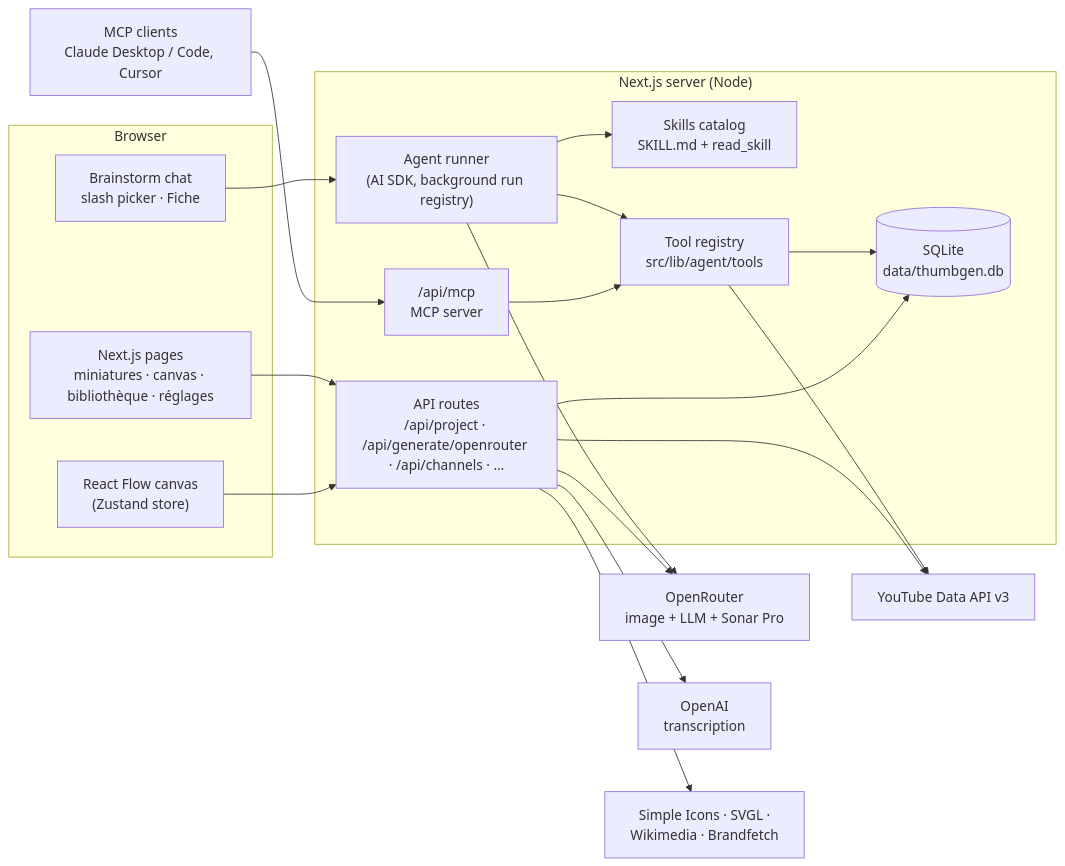
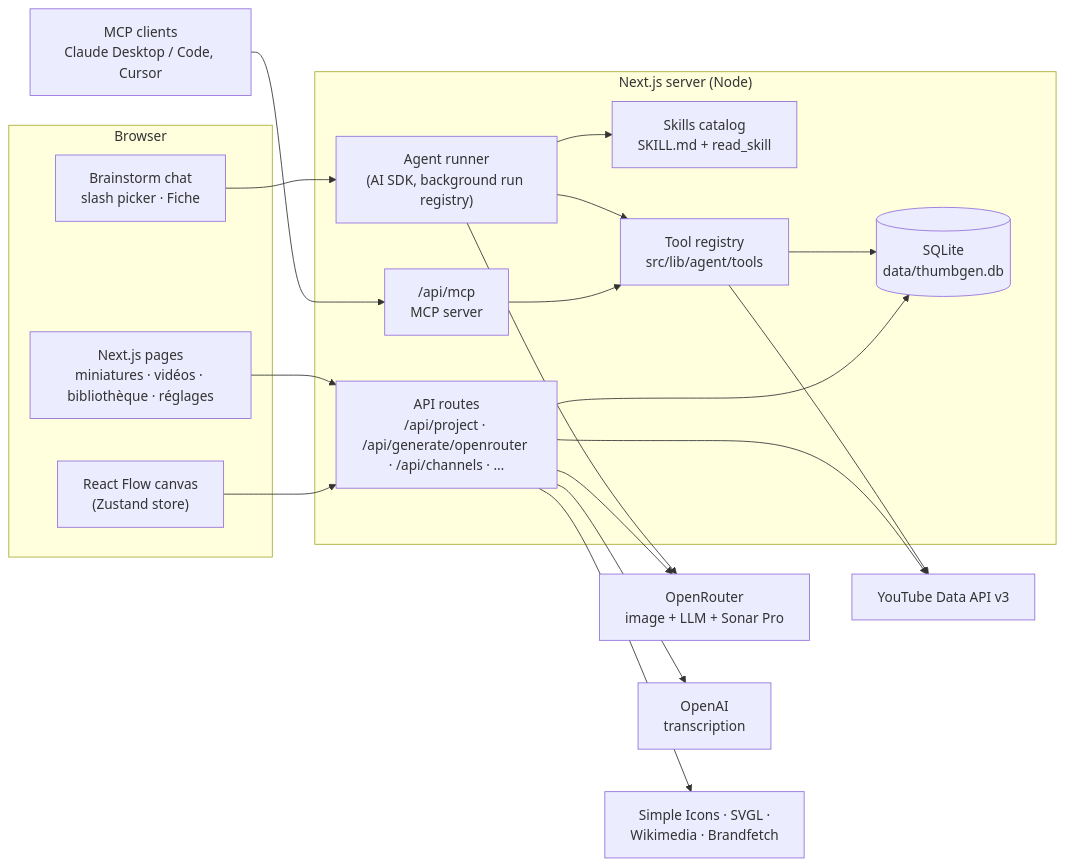
Before and after one commit to ohvignas/ThumbGen: the diagram in README.md, drawn with Mermaid. The commit also changed other lines of this file and 7 other files, not shown here.

````diff
--- a/README.md
+++ b/README.md
@@ -355,39 +366,39 @@
 ```mermaid
 flowchart LR
   subgraph Browser
-    UI["Next.js pages<br/>miniatures · canvas · bibliothèque · réglages"]
+    UI["Next.js pages<br/>miniatures · vidéos · bibliothèque · réglages"]
     RF["React Flow canvas<br/>(Zustand store)"]
     Chat["Brainstorm chat<br/>slash picker · Fiche"]
   end
 
   subgraph Server["Next.js server (Node)"]
     API["API routes<br/>/api/project · /api/generate/openrouter · /api/channels · …"]
     Agent["Agent runner<br/>(AI SDK, background run registry)"]
     Skills["Skills catalog<br/>SKILL.md + read_skill"]
     Tools["Tool registry<br/>src/lib/agent/tools"]
     MCP["/api/mcp<br/>MCP server"]
     DB[("SQLite<br/>data/thumbgen.db")]
   end
 
   OR["OpenRouter<br/>image + LLM + Sonar Pro"]
   YT["YouTube Data API v3"]
   OA["OpenAI<br/>transcription"]
   Logos["Simple Icons · SVGL ·<br/>Wikimedia · Brandfetch"]
   Ext["MCP clients<br/>Claude Desktop / Code, Cursor"]
 
   UI --> API
   RF --> API
   Chat --> Agent
   Agent --> Skills
   Agent --> Tools
   MCP --> Tools
   Tools --> DB
   API --> DB
   Agent --> OR
   API --> OR
   Tools --> YT
   API --> YT
   API --> OA
   API --> Logos
   Ext --> MCP
 ```
````
